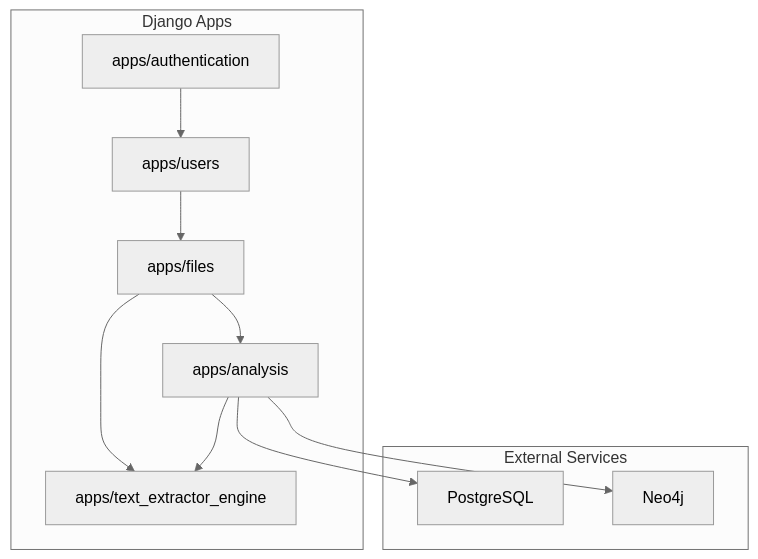
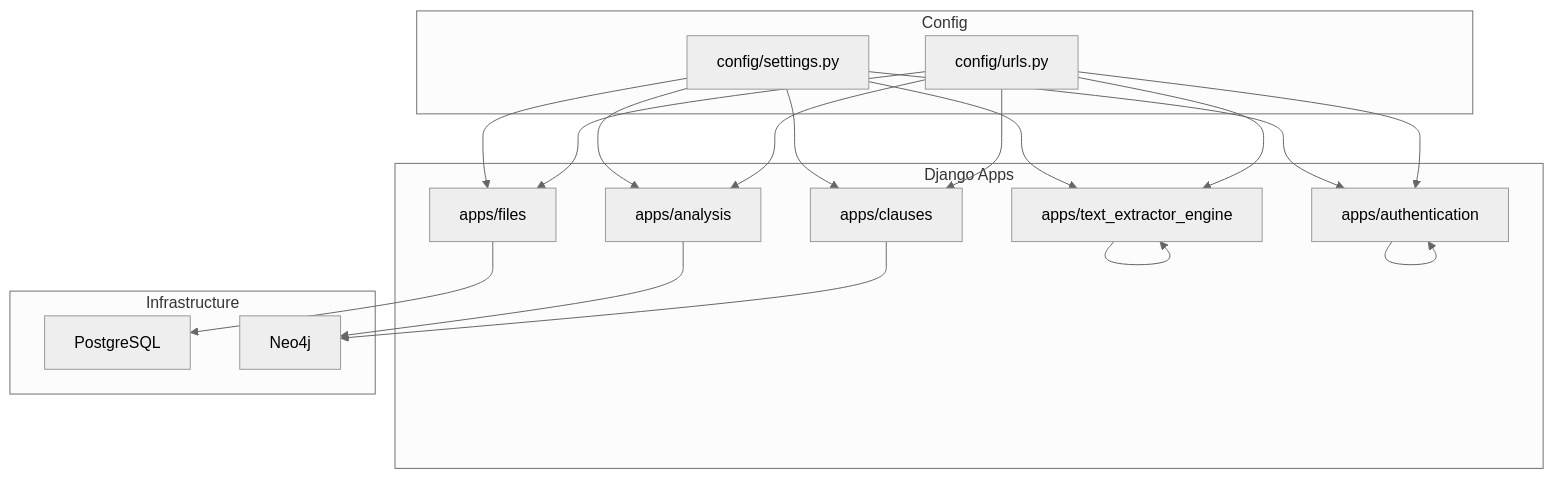
The first of 7 diagrams in backend/.qoder/repowiki/en/content/Project Overview/Project Overview.md (HamzaHindo/veritasshield), drawn with Mermaid (neutral theme) before and after one commit. The commit also changed other lines of this file and 49 other files, not shown here.

````diff
--- a/backend/.qoder/repowiki/en/content/Project Overview/Project Overview.md
+++ b/backend/.qoder/repowiki/en/content/Project Overview/Project Overview.md
@@ -63,21 +51,33 @@
 ```mermaid
 graph TB
 subgraph "Django Apps"
-AUTH["apps/authentication"]
-USERS["apps/users"]
-FILES["apps/files"]
-OCR["apps/text_extractor_engine"]
-ANALYSIS["apps/analysis"]
+A["apps/files"]
+B["apps/analysis"]
+C["apps/clauses"]
+D["apps/text_extractor_engine"]
+E["apps/authentication"]
 end
-subgraph "External Services"
-DB["PostgreSQL"]
-KG["Neo4j"]
+subgraph "Config"
+F["config/settings.py"]
+G["config/urls.py"]
 end
-AUTH --> USERS
-USERS --> FILES
-FILES --> OCR
-FILES --> ANALYSIS
-ANALYSIS --> OCR
-ANALYSIS --> DB
-ANALYSIS --> KG
+subgraph "Infrastructure"
+H["PostgreSQL"]
+I["Neo4j"]
+end
+F --> A
+F --> B
+F --> C
+F --> D
+F --> E
+G --> A
+G --> B
+G --> C
+G --> D
+G --> E
+A --> H
+B --> I
+C --> I
+D --> D
+E --> E
 ```
````
